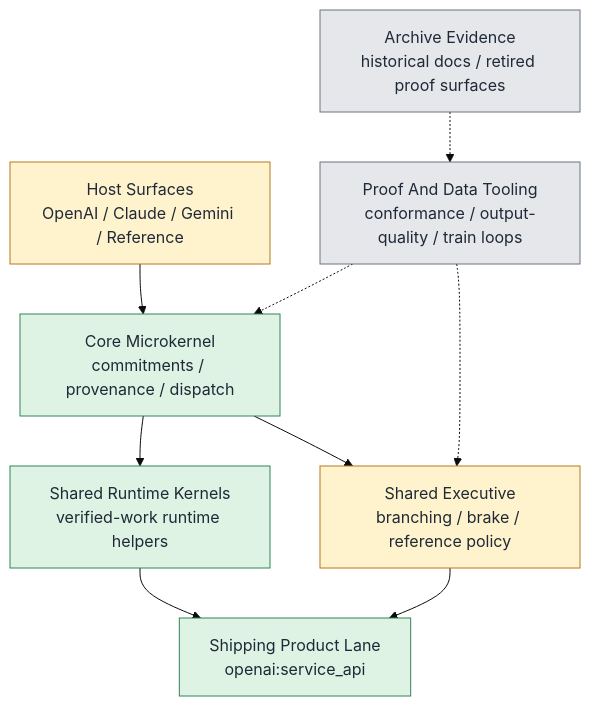
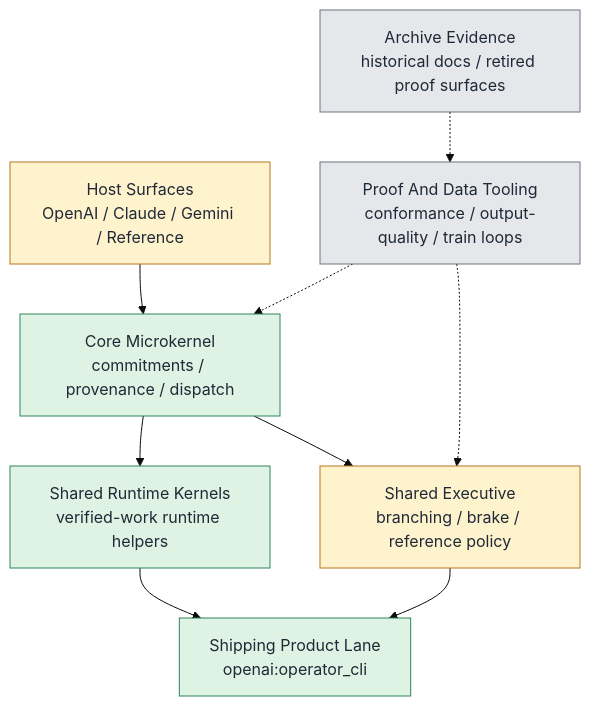
Before and after one commit to cortex-loop/cortex-loop: the diagram in docs/CORTEX_STATUS.md, drawn with Mermaid (base theme). The commit also changed other lines of this file and 12 other files, not shown here.

Commit message:
fix: restore cli-first shipping truth

````diff
--- a/docs/CORTEX_STATUS.md
+++ b/docs/CORTEX_STATUS.md
@@ -85,31 +85,31 @@
 ```mermaid
 flowchart TD
     hosts["Host Surfaces\nOpenAI / Claude / Gemini / Reference"]
     core["Core Microkernel\ncommitments / provenance / dispatch"]
     runtime["Shared Runtime Kernels\nverified-work runtime helpers"]
     sre["Shared Executive\nbranching / brake / reference policy"]
-    shipping["Shipping Product Lane\nopenai:service_api"]
+    shipping["Shipping Product Lane\nopenai:operator_cli"]
     lab["Proof And Data Tooling\nconformance / output-quality / train loops"]
     archive["Archive Evidence\nhistorical docs / retired proof surfaces"]
     hosts --> core
     core --> runtime
     core --> sre
     runtime --> shipping
     sre --> shipping
     lab -.-> core
     lab -.-> sre
     archive -.-> lab
 
     classDef good fill:#dff3e4,stroke:#2f855a,color:#1f2937;
     classDef warn fill:#fff3cd,stroke:#b7791f,color:#1f2937;
     classDef bad fill:#f8d7da,stroke:#c53030,color:#1f2937;
     classDef deferred fill:#e5e7eb,stroke:#6b7280,color:#1f2937;
 
     class hosts warn;
     class core good;
     class runtime good;
     class sre warn;
     class shipping good;
     class lab deferred;
     class archive deferred;
 ```
````
